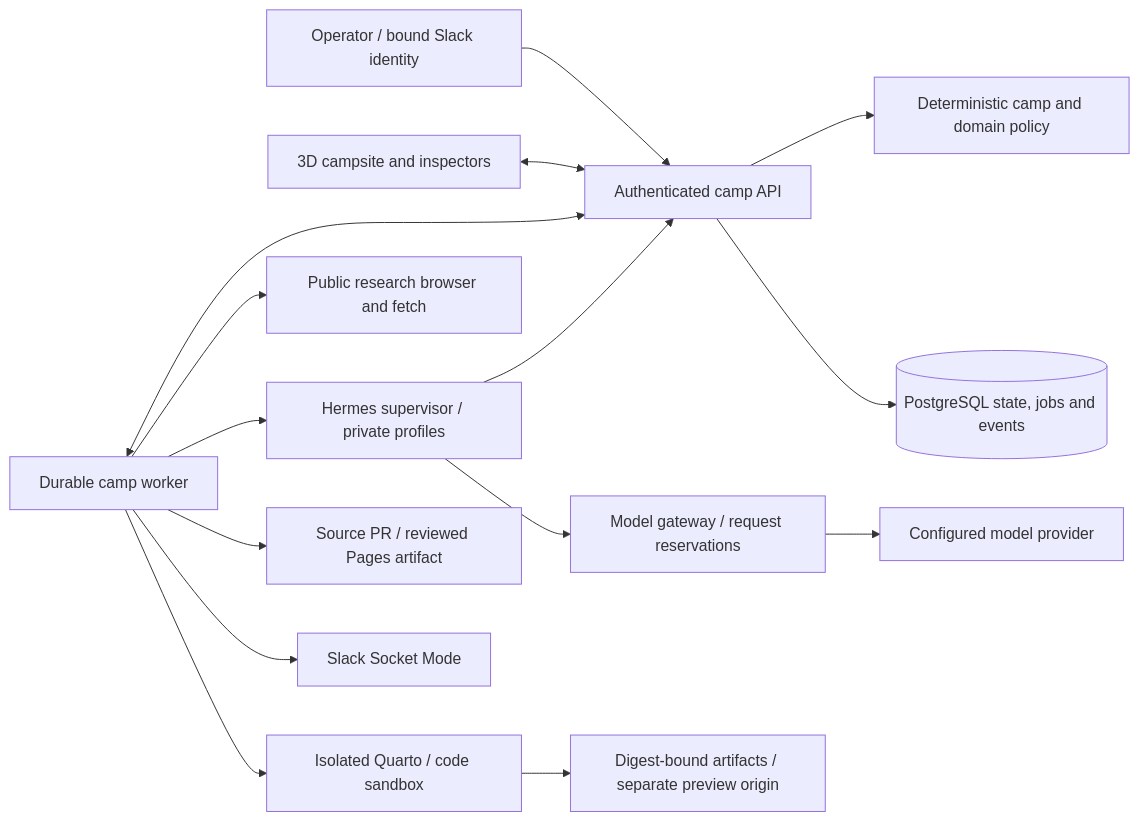
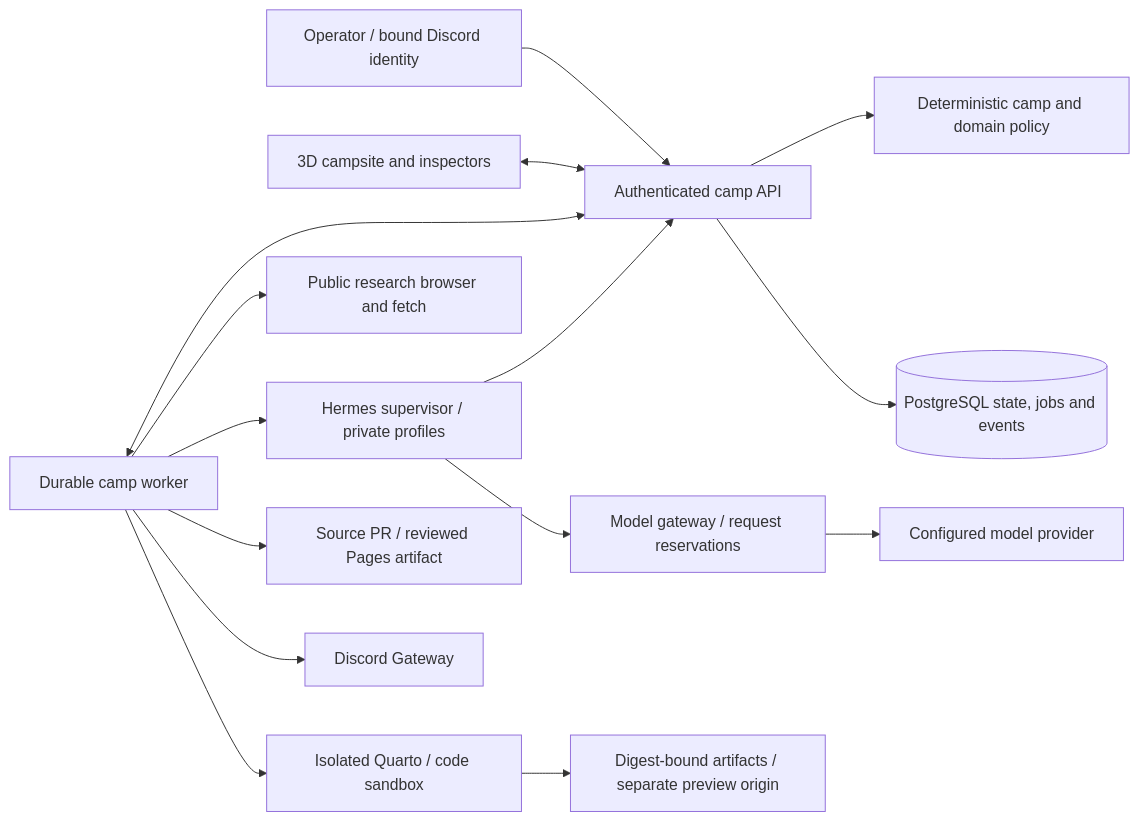
One commit to Cobeml/yamnaya changed the diagram in docs/architecture.md. Above: the diagram before and after it, drawn with Mermaid. The commit also changed other lines of this file and 27 other files, not shown here.

Commit message:
Replace Slack messaging with scoped Discord camp commands and updates

````diff
--- a/docs/architecture.md
+++ b/docs/architecture.md
@@ -5,17 +5,17 @@
 ```mermaid
 flowchart LR
-  Human[Operator / bound Slack identity] --> API[Authenticated camp API]
+  Human[Operator / bound Discord identity] --> API[Authenticated camp API]
   Scene[3D campsite and inspectors] <--> API
   API --> Core[Deterministic camp and domain policy]
   API --> DB[(PostgreSQL state, jobs and events)]
   Worker[Durable camp worker] <--> API
   Worker --> Hermes[Hermes supervisor / private profiles]
   Hermes --> API
   Hermes --> Proxy[Model gateway / request reservations]
   Proxy --> Provider[Configured model provider]
   Worker --> Research[Public research browser and fetch]
   Worker --> Sandbox[Isolated Quarto / code sandbox]
   Sandbox --> Artifacts[Digest-bound artifacts / separate preview origin]
   Worker --> GitHub[Source PR / reviewed Pages artifact]
-  Worker --> Slack[Slack Socket Mode]
+  Worker --> Discord[Discord Gateway]
 ```
````
